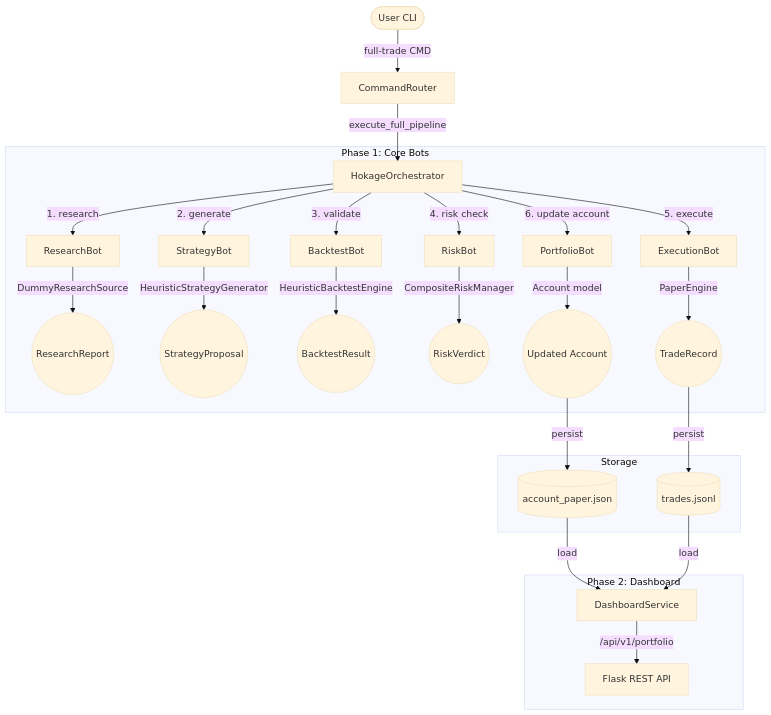
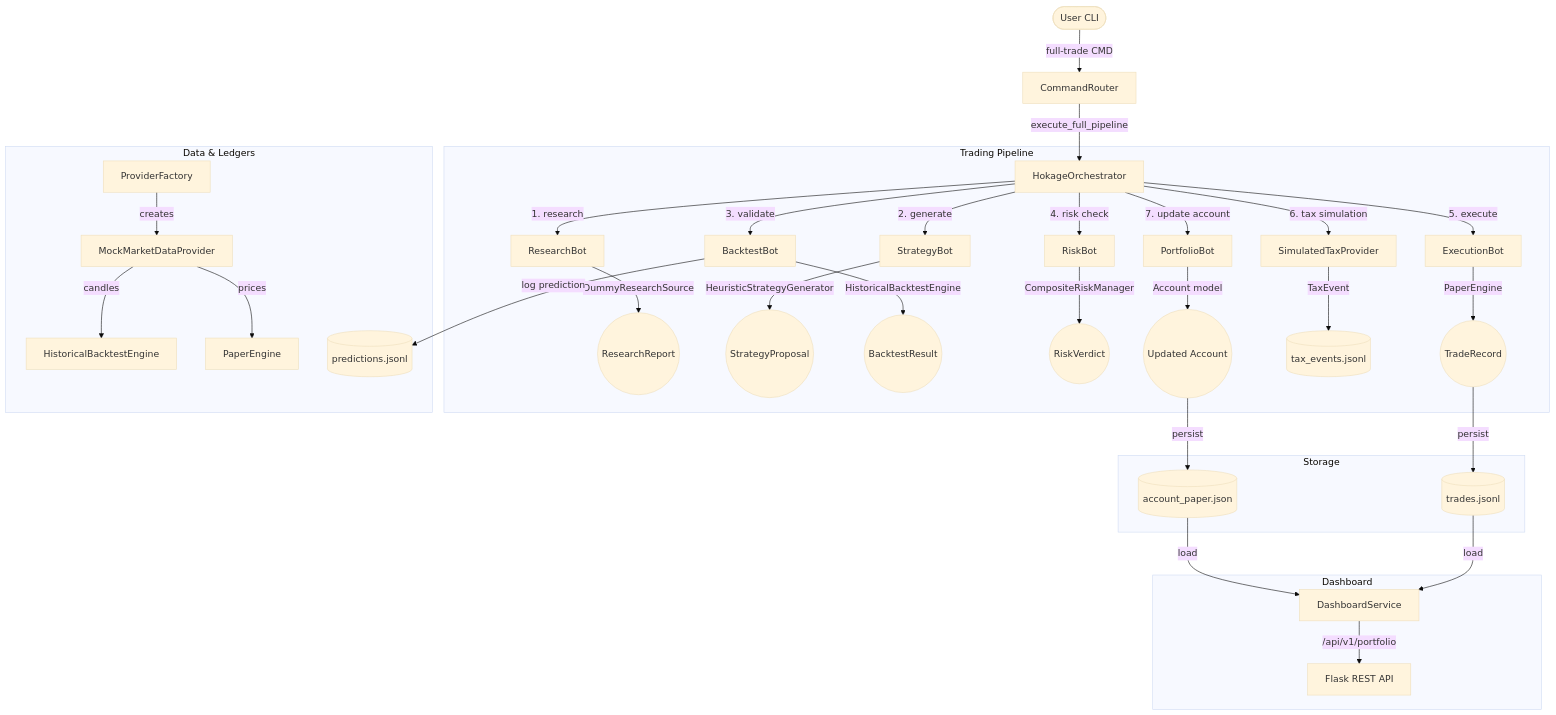
The diagram in Hokage/PROJECT_STATE.md (anantsingh3450/Shinobi-HQ), drawn with Mermaid (base theme) before and after one commit. The commit also changed other lines of this file and 304 other files, not shown here.

Commit message:
Sync: Core LLM pipeline alignment, pypdf document parsing engine, conversational halt protocol, and UI layout upgrades

````diff
--- a/Hokage/PROJECT_STATE.md
+++ b/Hokage/PROJECT_STATE.md
@@ -12,41 +45,52 @@
 ```mermaid
 graph TD
     User([User CLI]) -->|full-trade CMD| Router[CommandRouter]
     Router -->|execute_full_pipeline| Orch[HokageOrchestrator]
     
-    subgraph "Phase 1: Core Bots"
+    subgraph "Trading Pipeline"
         Orch -->|1. research| RBot[ResearchBot]
         RBot -->|DummyResearchSource| Report((ResearchReport))
         
         Orch -->|2. generate| SBot[StrategyBot]
         SBot -->|HeuristicStrategyGenerator| Proposal((StrategyProposal))
         
         Orch -->|3. validate| BBot[BacktestBot]
-        BBot -->|HeuristicBacktestEngine| BacktestResult((BacktestResult))
+        BBot -->|HistoricalBacktestEngine| BacktestResult((BacktestResult))
         
         Orch -->|4. risk check| RiskBot[RiskBot]
         RiskBot -->|CompositeRiskManager| RiskVerdict((RiskVerdict))
         
         Orch -->|5. execute| ExBot[ExecutionBot]
         ExBot -->|PaperEngine| Trade((TradeRecord))
         
-        Orch -->|6. update account| PortBot[PortfolioBot]
+        Orch -->|6. tax simulation| TaxProv[SimulatedTaxProvider]
+        TaxProv -->|TaxEvent| TaxLedger[(tax_events.jsonl)]
+        
+        Orch -->|7. update account| PortBot[PortfolioBot]
         PortBot -->|Account model| Updated((Updated Account))
     end
     
-    subgraph "Phase 2: Dashboard"
+    subgraph "Data & Ledgers"
+        ProvFactory[ProviderFactory] -->|creates| MDP[MockMarketDataProvider]
+        MDP -->|candles| HistoricalBacktestEngine
+        MDP -->|prices| PaperEngine
+        
+        BBot -->|log prediction| PredLedger[(predictions.jsonl)]
+    end
+
+    subgraph "Dashboard"
         DashService[DashboardService]
         API[Flask REST API]
         DashService -->|/api/v1/portfolio| API
     end
     
     subgraph "Storage"
         JsonTrades[(trades.jsonl)]
         JsonAccount[(account_paper.json)]
     end
     
     Trade -->|persist| JsonTrades
     Updated -->|persist| JsonAccount
     JsonAccount -->|load| DashService
     JsonTrades -->|load| DashService
 ```
````
